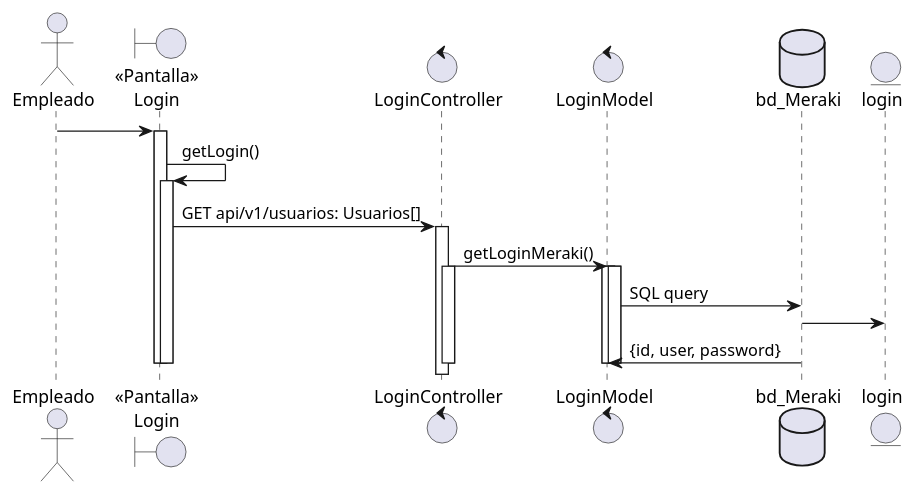
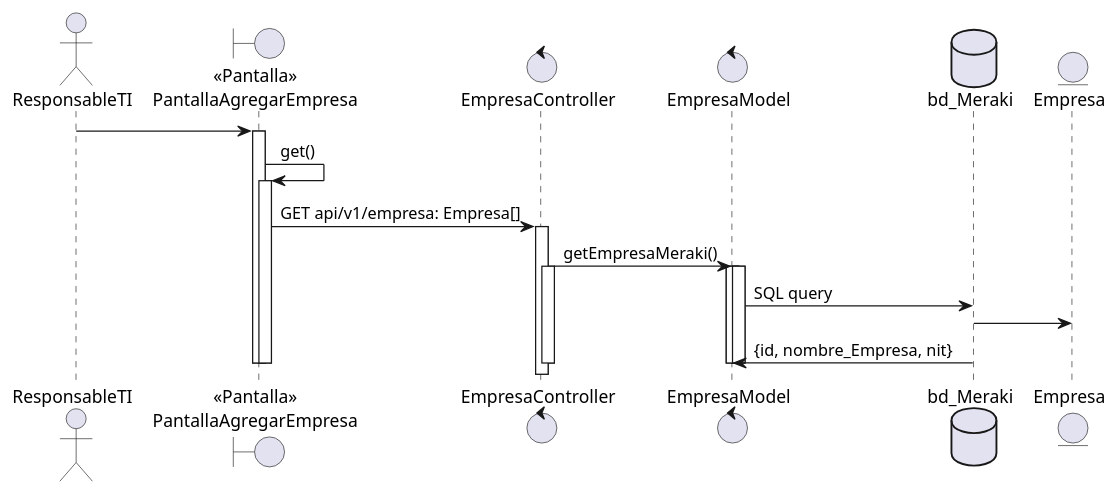
One commit to Forero15/DesarrolloSoftware changed the diagram in Cliente-Servidor/Diagrama_Secuencia/secuencia_empresa.plantuml. Above: the diagram before and after it, drawn with PlantUML. The commit also changed 1 other file, not shown here.

```diff
--- a/Cliente-Servidor/Diagrama_Secuencia/secuencia_empresa.plantuml
+++ b/Cliente-Servidor/Diagrama_Secuencia/secuencia_empresa.plantuml
@@ -1,28 +1,27 @@
 @startuml
-actor "Empleado" as actorEmpleado
-boundary "<<Pantalla>>\nLogin" as boundryPantallaLogin
-
-actorEmpleado -> boundryPantallaLogin
-activate boundryPantallaLogin
-    boundryPantallaLogin -> boundryPantallaLogin: getLogin()
-    activate boundryPantallaLogin
-        control "LoginController" as LoginController
-            control "LoginModel" as LoginModel
-            boundryPantallaLogin -> LoginController: GET api/v1/usuarios: Usuarios[]
-            activate LoginController
-                LoginController -> LoginModel: getLoginMeraki()
-                activate LoginController
+actor "ResponsableTI" as actorEmpleado
+boundary "<<Pantalla>>\nPantallaAgregarEmpresa" as boundryPantallaAgregarEmpresa
+actorEmpleado -> boundryPantallaAgregarEmpresa
+activate boundryPantallaAgregarEmpresa
+    boundryPantallaAgregarEmpresa -> boundryPantallaAgregarEmpresa: get()
+    activate boundryPantallaAgregarEmpresa
+        control "EmpresaController" as EmpresaController
+            control "EmpresaModel" as EmpresaModel
+            boundryPantallaAgregarEmpresa -> EmpresaController: GET api/v1/empresa: Empresa[]
+            activate EmpresaController
+                EmpresaController -> EmpresaModel: getEmpresaMeraki()
+                activate EmpresaController
                     database "bd_Meraki" as bd_Meraki
-                    entity login
-                    activate LoginModel
-                        activate LoginModel
-                            LoginModel -> bd_Meraki: SQL query
-                            bd_Meraki -> login
-                            bd_Meraki -> LoginModel: {id, user, password}
+                    entity Empresa
+                    activate EmpresaModel
+                        activate EmpresaModel
+                            EmpresaModel -> bd_Meraki: SQL query
+                            bd_Meraki -> Empresa
+                            bd_Meraki -> EmpresaModel: {id, nombre_Empresa, nit}
                         deactivate
                     deactivate
                 deactivate
             deactivate    
         deactivate
     deactivate
 @enduml
```
